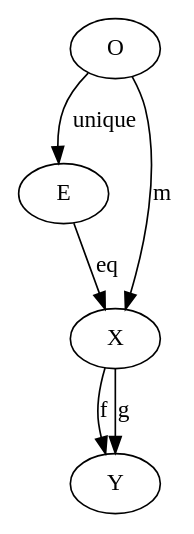
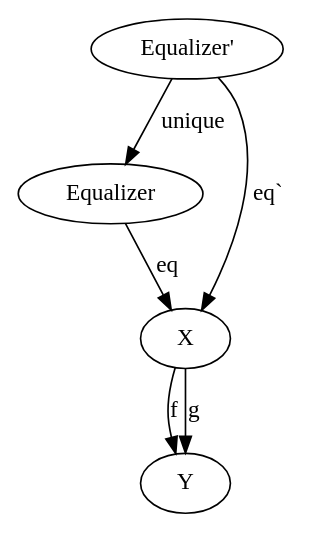
Before and after one commit to frankymacster/category-theory-graphviz: the first of 2 diagrams in equalizer.md, drawn with Graphviz. The commit also changed other lines of this file, not shown here.

Commit message:
update equalizer

````diff
--- a/equalizer.md
+++ b/equalizer.md
@@ -2,11 +2,11 @@
 ```graphviz
 digraph G {
-  "E" -> "X" [label="eq"]
+  "Equalizer" -> "X" [label="eq"]
 
-  "O" -> "X" [label="m"]
-  "O" -> "E" [label="unique"]
+  "Equalizer'" -> "X" [label="eq`"]
+  "Equalizer'" -> "Equalizer" [label="unique"]
 
   "X" -> "Y" [label="f"]
   "X" -> "Y" [label="g"]
 }
 ```
````
